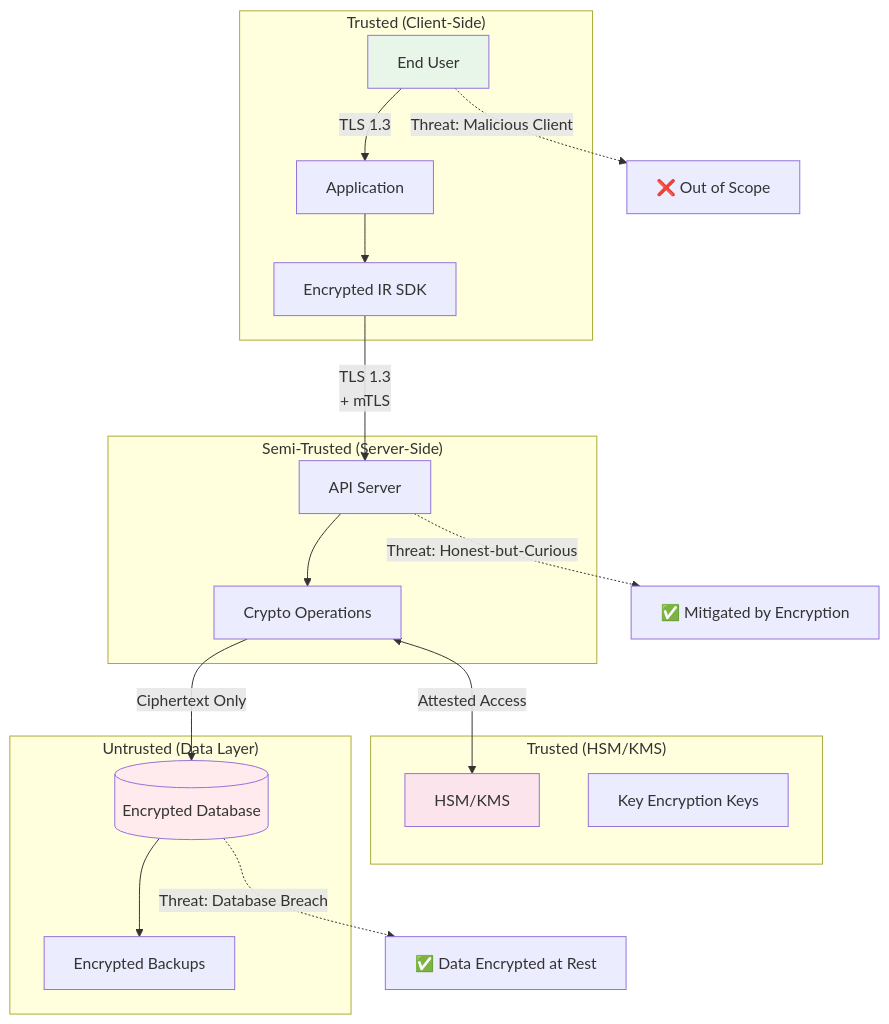
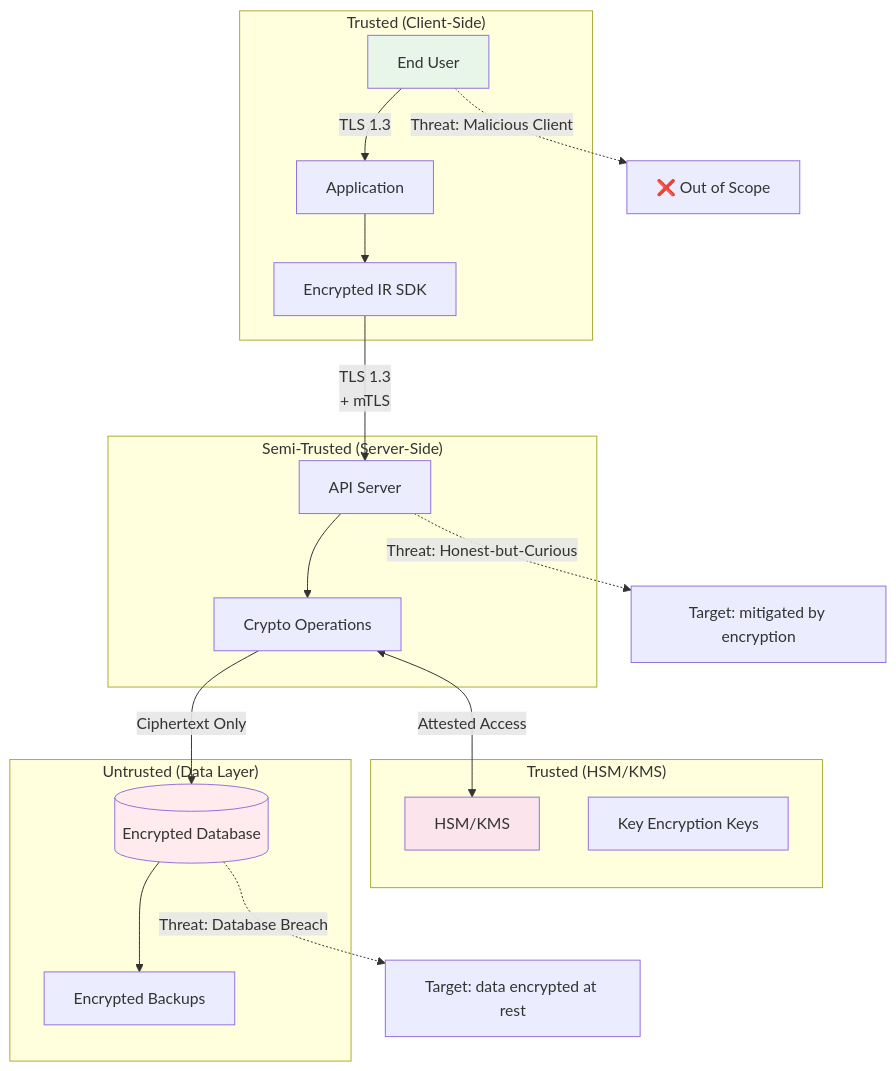
Diagram 16 of 18 in docs/ARCHITECTURE.md (MysterionRise/encrypted-information-retrieval), drawn with Mermaid before and after one commit. The commit also changed other lines of this file and 22 other files, not shown here.

````diff
--- a/docs/ARCHITECTURE.md
+++ b/docs/ARCHITECTURE.md
@@ -660,39 +685,39 @@
 ```mermaid
 graph TB
     subgraph "Trusted (Client-Side)"
         USER[End User]
         APP[Application]
         SDK_TRUSTED[Encrypted IR SDK]
     end
 
     subgraph "Semi-Trusted (Server-Side)"
         API_SERVER[API Server]
         CRYPTO_OPS[Crypto Operations]
     end
 
     subgraph "Trusted (HSM/KMS)"
         HSM_TRUSTED[HSM/KMS]
         KEK[Key Encryption Keys]
     end
 
     subgraph "Untrusted (Data Layer)"
         DATABASE[(Encrypted Database)]
         BACKUP[Encrypted Backups]
     end
 
     USER -->|"TLS 1.3"| APP
     APP --> SDK_TRUSTED
     SDK_TRUSTED -->|"TLS 1.3<br/>+ mTLS"| API_SERVER
     API_SERVER --> CRYPTO_OPS
     CRYPTO_OPS <-->|"Attested Access"| HSM_TRUSTED
     CRYPTO_OPS -->|"Ciphertext Only"| DATABASE
     DATABASE --> BACKUP
 
     style USER fill:#e8f5e9
     style HSM_TRUSTED fill:#fce4ec
     style DATABASE fill:#ffebee
 
     USER -.->|"Threat: Malicious Client"| THREAT1[❌ Out of Scope]
-    API_SERVER -.->|"Threat: Honest-but-Curious"| THREAT2[✅ Mitigated by Encryption]
-    DATABASE -.->|"Threat: Database Breach"| THREAT3[✅ Data Encrypted at Rest]
+    API_SERVER -.->|"Threat: Honest-but-Curious"| THREAT2["Target: mitigated by encryption"]
+    DATABASE -.->|"Threat: Database Breach"| THREAT3["Target: data encrypted at rest"]
 ```
````
